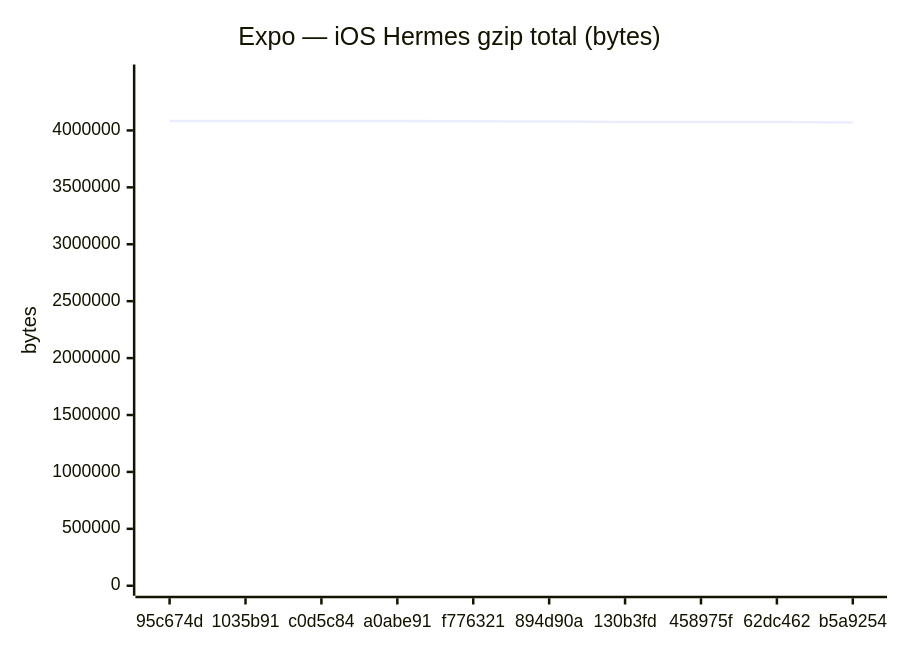
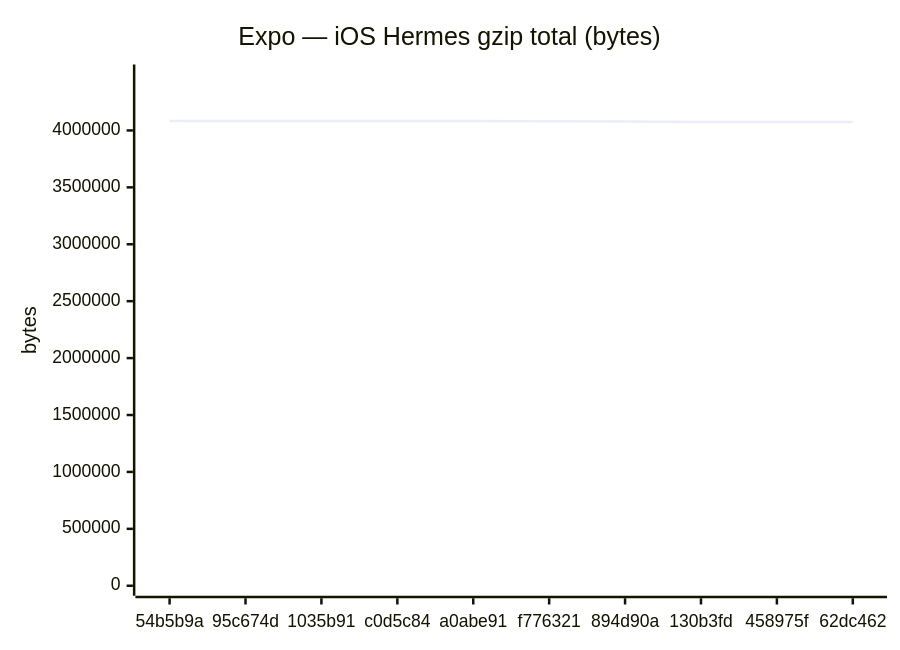
Before and after one commit to Metaheurist/Rianell: the sixth of 18 diagrams in benchmarks/compare.md, drawn with Mermaid. The commit also changed other lines of this file and 11 other files, not shown here.

````diff
--- a/benchmarks/compare.md
+++ b/benchmarks/compare.md
@@ -96,7 +96,7 @@
 ```mermaid
 xychart-beta
     title "Expo — iOS Hermes gzip total (bytes)"
-    x-axis ["95c674d", "1035b91", "c0d5c84", "a0abe91", "f776321", "894d90a", "130b3fd", "458975f", "62dc462", "b5a9254"]
+    x-axis ["54b5b9a", "95c674d", "1035b91", "c0d5c84", "a0abe91", "f776321", "894d90a", "130b3fd", "458975f", "62dc462"]
     y-axis "bytes" 0 --> 4491419
-    line [4083105, 4083108, 4083106, 4083107, 4079675, 4079243, 4074172, 4073443, 4073443, 4069109]
+    line [4082348, 4083105, 4083108, 4083106, 4083107, 4079675, 4079243, 4074172, 4073443, 4073443]
 ```
````
